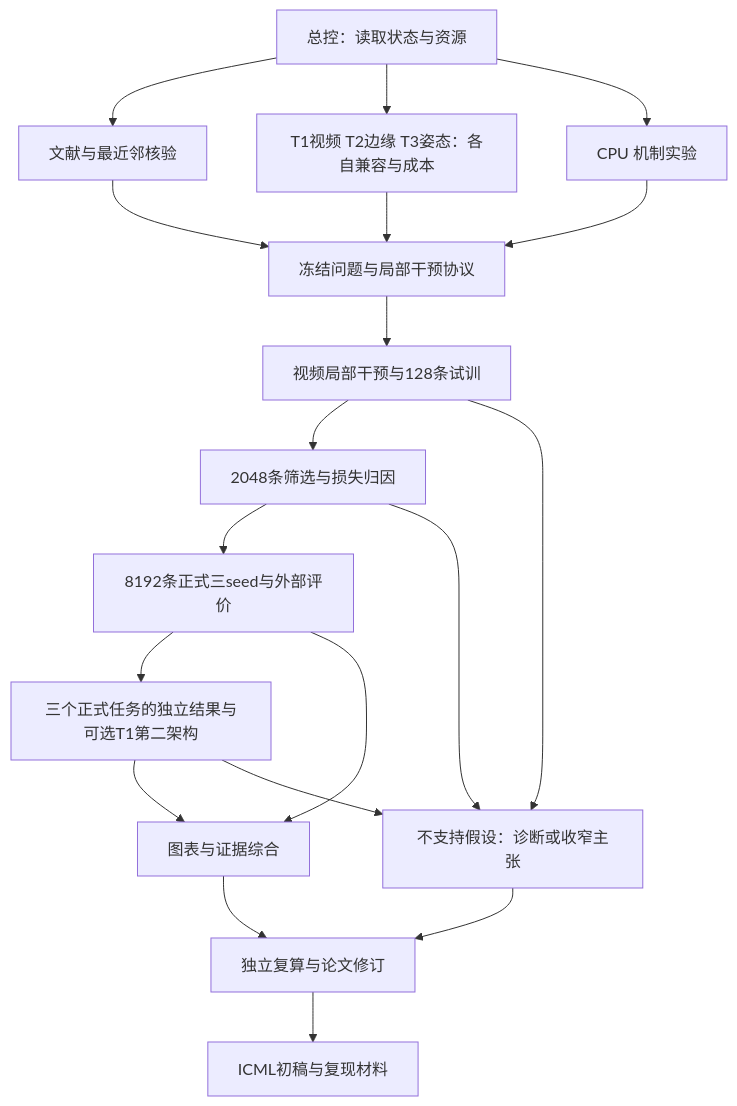
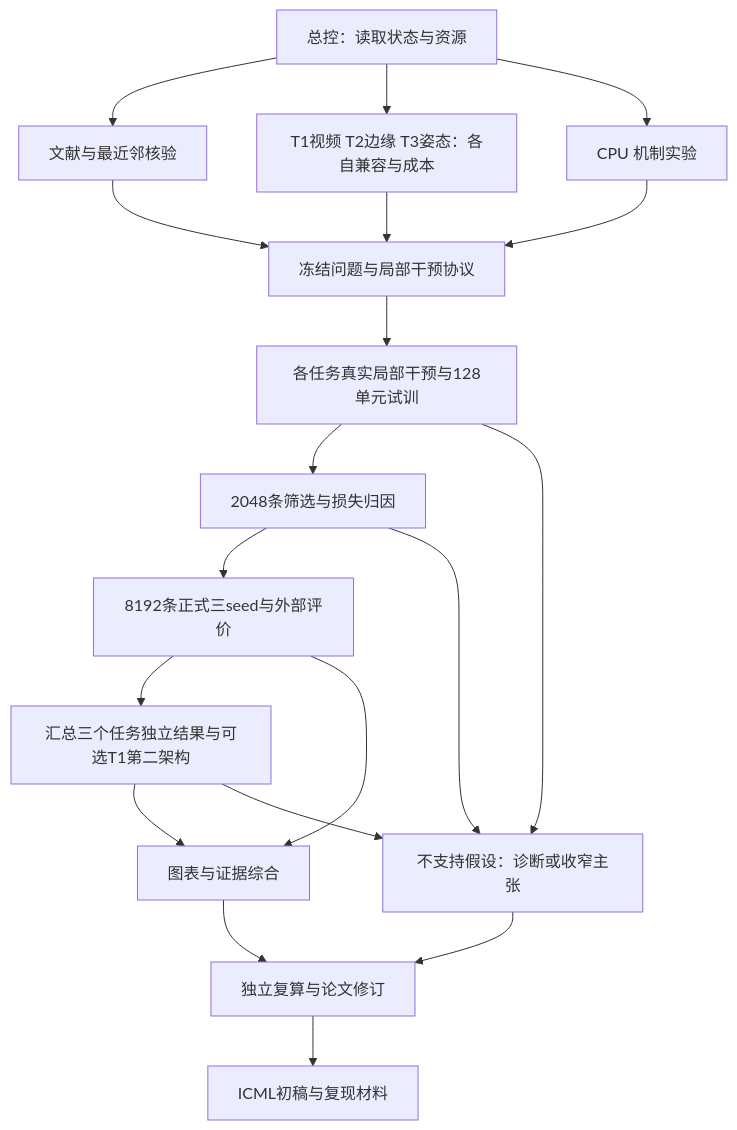
The diagram in projects/conditional-distillation/WORKFLOW.md (khan114514/LC-ops), drawn with Mermaid before and after one commit. The commit also changed other lines of this file and 67 other files, not shown here.

````diff
--- a/projects/conditional-distillation/WORKFLOW.md
+++ b/projects/conditional-distillation/WORKFLOW.md
@@ -5,21 +5,21 @@
 ```mermaid
 flowchart TD
     A[总控：读取状态与资源] --> B[文献与最近邻核验]
     A --> C[T1视频 T2边缘 T3姿态：各自兼容与成本]
     A --> D[CPU 机制实验]
     B --> E[冻结问题与局部干预协议]
     C --> E
     D --> E
-    E --> F[视频局部干预与128条试训]
+    E --> F[各任务真实局部干预与128单元试训]
     F --> G[2048条筛选与损失归因]
     G --> H[8192条正式三seed与外部评价]
-    H --> I[三个正式任务的独立结果与可选T1第二架构]
+    H --> I[汇总三个任务独立结果与可选T1第二架构]
     H --> J[图表与证据综合]
     I --> J
     J --> K[独立复算与论文修订]
     K --> L[ICML初稿与复现材料]
     F --> M[不支持假设：诊断或收窄主张]
     G --> M
     I --> M
     M --> K
 ```
````
